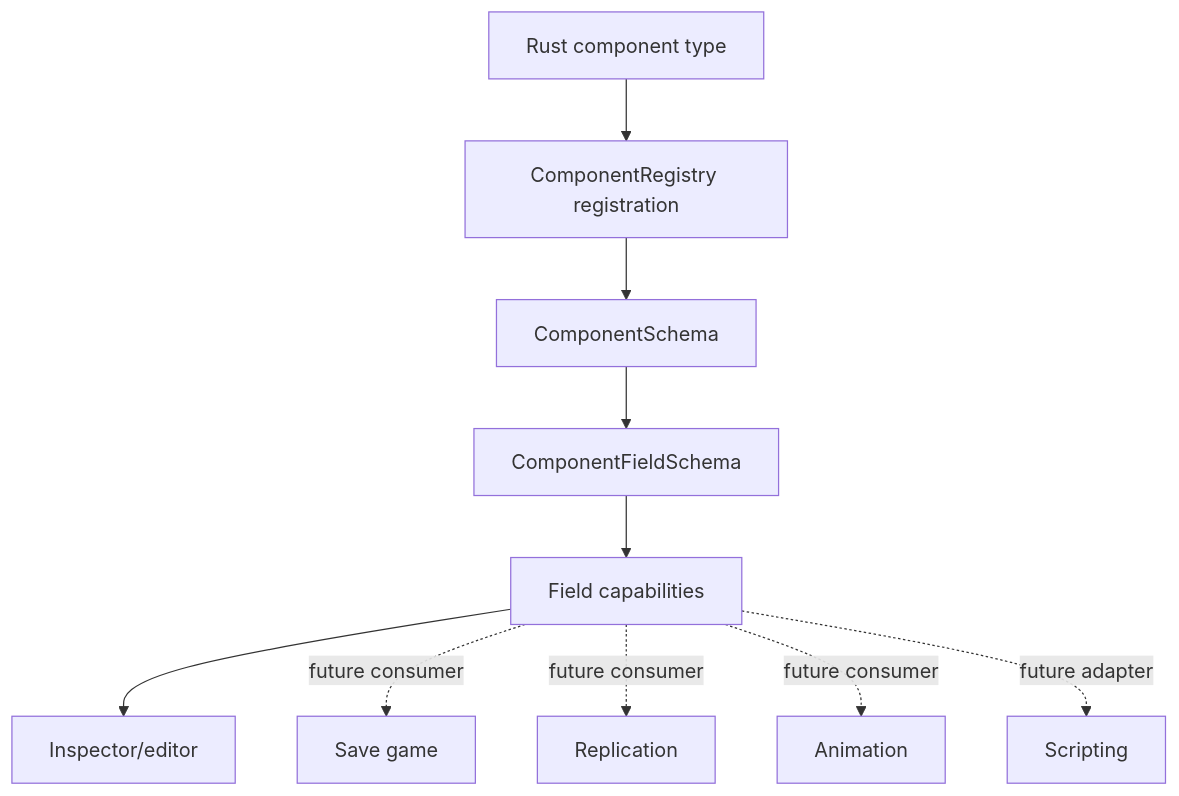
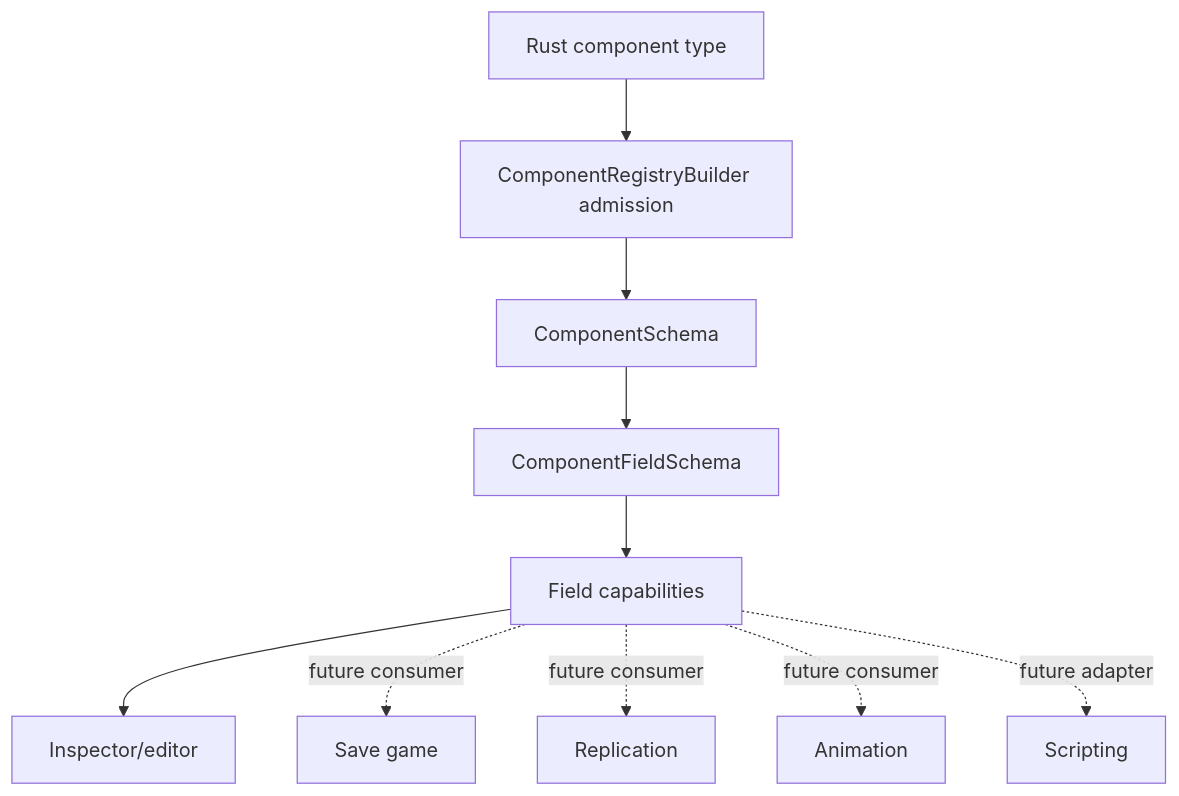
The diagram in docs/architecture/adr/0045-component-schema-capability-metadata.md (Latias94/nara), drawn with Mermaid before and after one commit. The commit also changed other lines of this file and 187 other files, not shown here.

````diff
--- a/docs/architecture/adr/0045-component-schema-capability-metadata.md
+++ b/docs/architecture/adr/0045-component-schema-capability-metadata.md
@@ -33,12 +34,12 @@
 ```mermaid
 flowchart TD
-    RustType[Rust component type] --> Registry[ComponentRegistry registration]
+    RustType[Rust component type] --> Registry[ComponentRegistryBuilder admission]
     Registry --> Schema[ComponentSchema]
     Schema --> Fields[ComponentFieldSchema]
     Fields --> Capabilities[Field capabilities]
     Capabilities --> Editor[Inspector/editor]
     Capabilities -. future consumer .-> Save[Save game]
     Capabilities -. future consumer .-> Net[Replication]
     Capabilities -. future consumer .-> Anim[Animation]
     Capabilities -. future adapter .-> Script[Scripting]
 ```
````
